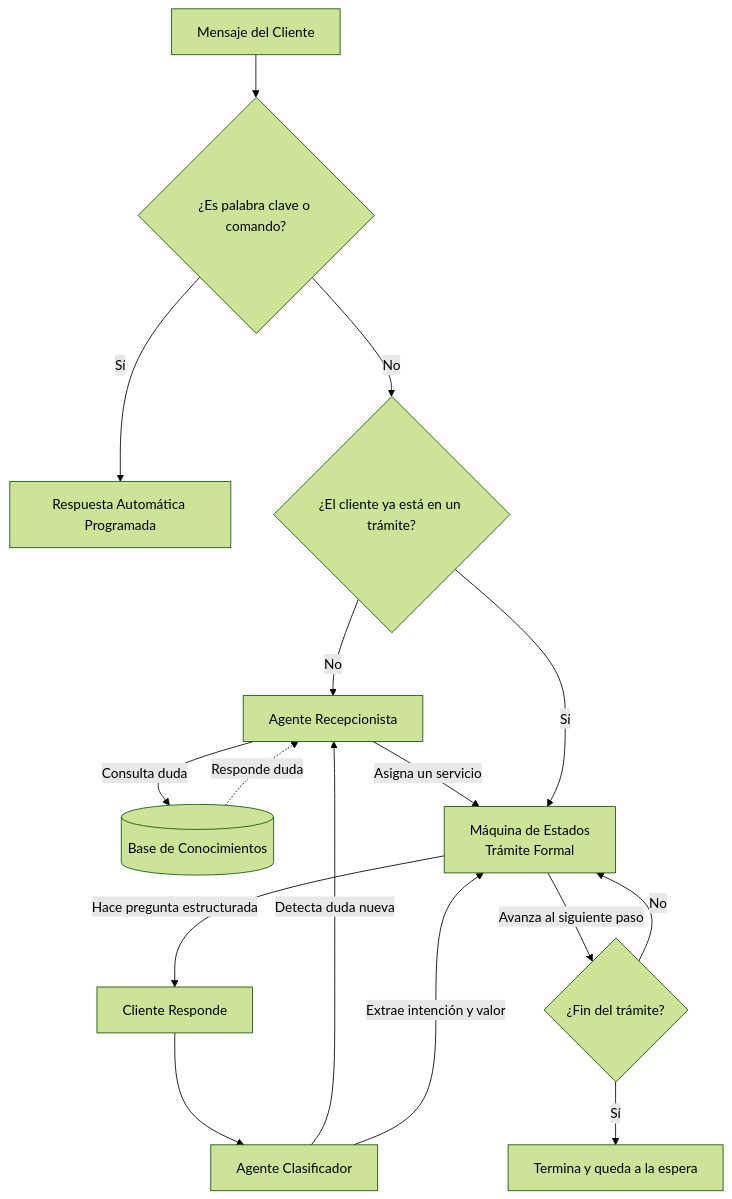
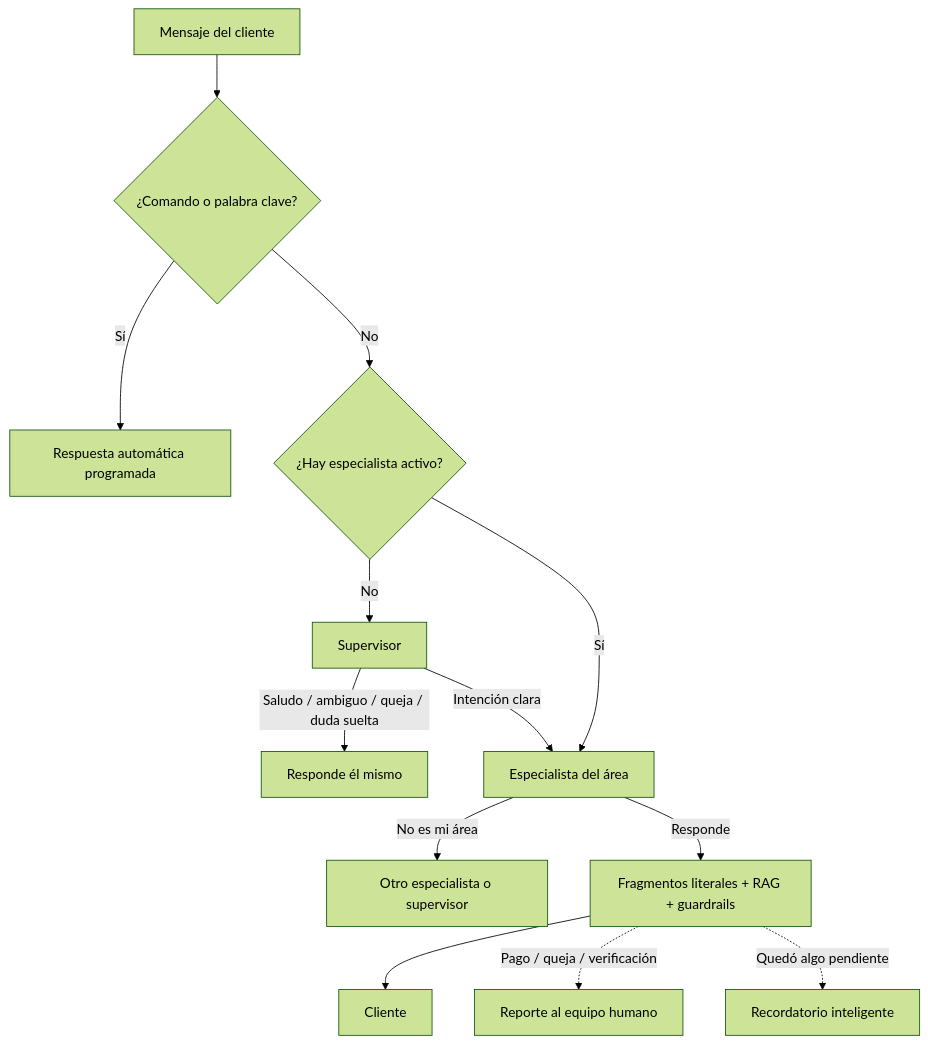
The diagram in docs/arquitectura_general.md (Eickpinargotev/autos_bot), drawn with Mermaid (forest theme) before and after one commit. The commit also changed other lines of this file and 17 other files, not shown here.

````diff
--- a/docs/arquitectura_general.md
+++ b/docs/arquitectura_general.md
@@ -55,23 +63,17 @@
 ```mermaid
 flowchart TD
-    A[Mensaje del Cliente] --> B{¿Es palabra clave o comando?}
-    B -- Sí --> C[Respuesta Automática Programada]
-    B -- No --> D{¿El cliente ya está en un trámite?}
-    
-    D -- No --> E[Agente Recepcionista]
-    E -- Consulta duda --> F[(Base de Conocimientos)]
-    F -. Responde duda .-> E
-    E -- Asigna un servicio --> G[Máquina de Estados\nTrámite Formal]
-    
-    D -- Sí --> G
-    
-    G -- Hace pregunta estructurada --> H[Cliente Responde]
-    H --> I[Agente Clasificador]
-    
-    I -- Detecta duda nueva --> E
-    I -- Extrae intención y valor --> G
-    
-    G -- Avanza al siguiente paso --> J{¿Fin del trámite?}
-    J -- No --> G
-    J -- Sí --> K[Termina y queda a la espera]
+    A[Mensaje del cliente] --> B{¿Comando o palabra clave?}
+    B -- Sí --> C[Respuesta automática programada]
+    B -- No --> D{¿Hay especialista activo?}
+
+    D -- No --> S[Supervisor]
+    S -- Saludo / ambiguo / queja / duda suelta --> R1[Responde él mismo]
+    S -- Intención clara --> E[Especialista del área]
+
+    D -- Sí --> E
+    E -- No es mi área --> E2[Otro especialista o supervisor]
+    E -- Responde --> F[Fragmentos literales + RAG + guardrails]
+    F --> G[Cliente]
+    F -. Pago / queja / verificación .-> H[Reporte al equipo humano]
+    F -. Quedó algo pendiente .-> I[Recordatorio inteligente]
 ```
````
